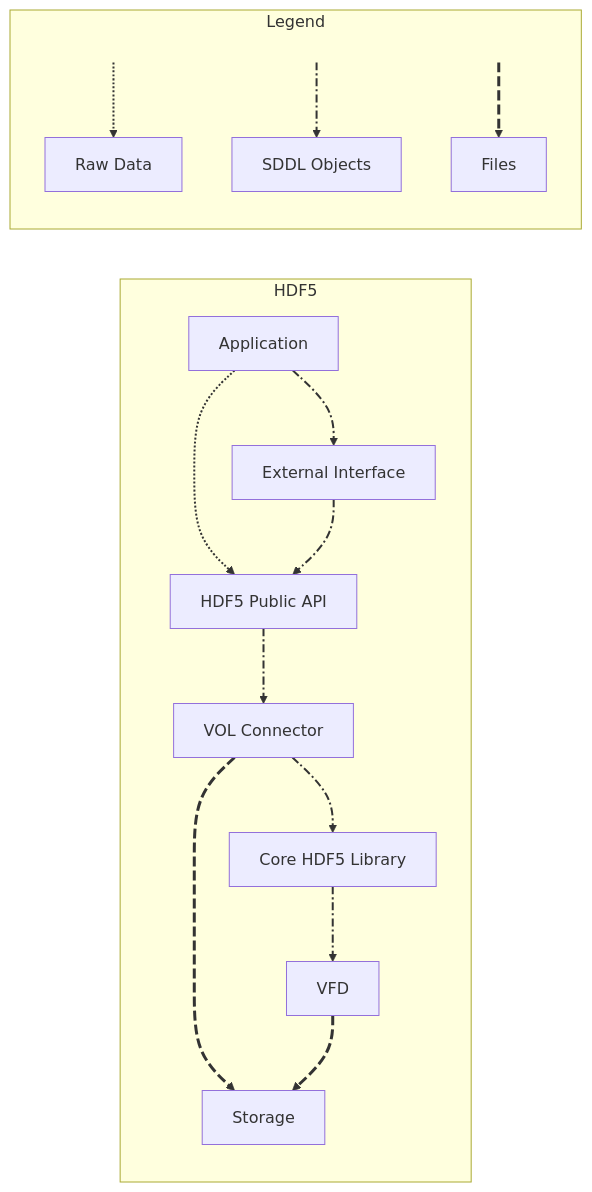
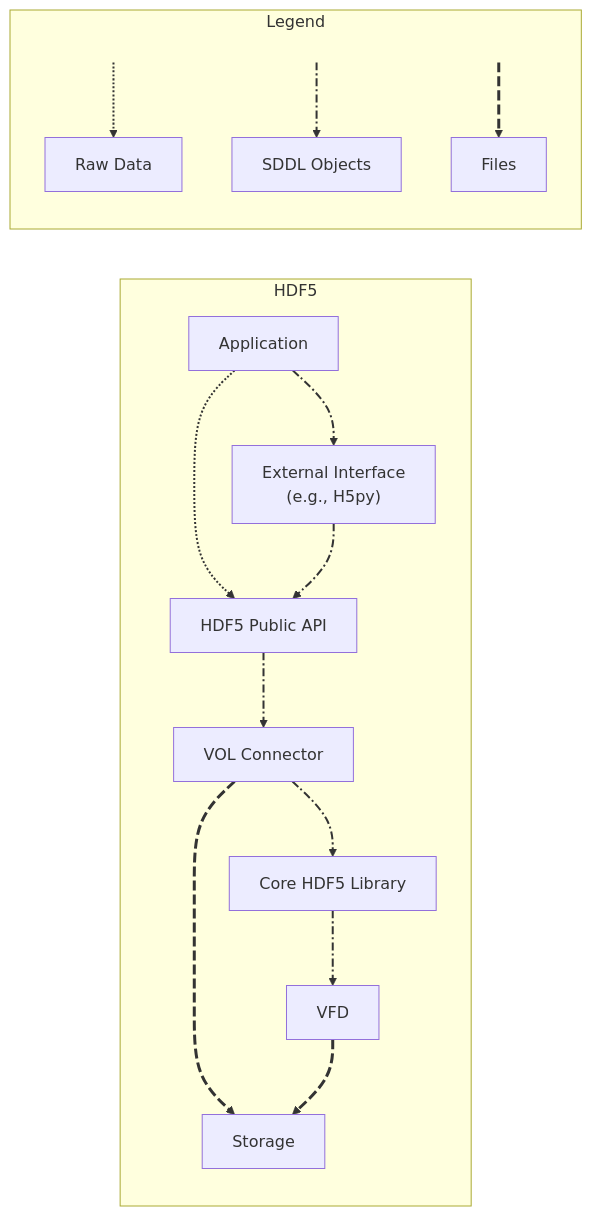
The first of 3 diagrams in models/Security Threats.md (glennsong09/hdf5-ssp-sig), drawn with Mermaid before and after one commit. The commit also changed other lines of this file, not shown here.

````diff
--- a/models/Security Threats.md
+++ b/models/Security Threats.md
@@ -51,53 +55,53 @@
 ```mermaid
 flowchart LR
   subgraph H["HDF5"]
     direction TB
     H_app["Application"]
-    H_ext["External Interface"]
+    H_ext["External Interface<br/>(e.g., H5py)"]
     H_api["HDF5 Public API"]
     H_vol["VOL Connector"]
     H_core["Core HDF5 Library"]
     H_vfd["VFD"]
     H_storage["Storage"]
 
     %% Raw data path
     H_app --> H_api
 
     %% SDDL object path
     H_app --> H_ext
     H_ext --> H_api
     H_api --> H_vol
     H_vol --> H_core
     H_core --> H_vfd
 
     %% File path
     H_vol --> H_storage
     H_vfd --> H_storage
   end
 
   subgraph L["Legend"]
     direction TB
     lr0(( )) --> lr1["Raw Data"]
     ls0(( )) --> ls1["SDDL Objects"]
     lf0(( )) --> lf1["Files"]
   end
 
   style lr0 fill:none,stroke:none
   style ls0 fill:none,stroke:none
   style lf0 fill:none,stroke:none
 
   %% Links:
   %% 0 app->api
   %% 1 app->ext, 2 ext->api, 3 api->vol, 4 vol->core, 5 core->vfd
   %% 6 vol->storage, 7 vfd->storage
   %% 8 raw legend, 9 sddl legend, 10 files legend
 
   %% Raw Data (dotted)
   linkStyle 0,8 stroke-dasharray: 2 2,stroke-width:2px
 
   %% SDDL Objects (dash-dot)
   linkStyle 1,2,3,4,5,9 stroke-dasharray: 8 3 2 3,stroke-width:2px
 
   %% Files (thick dashed)
   linkStyle 6,7,10 stroke-dasharray: 10 4,stroke-width:3px
 ```
````
